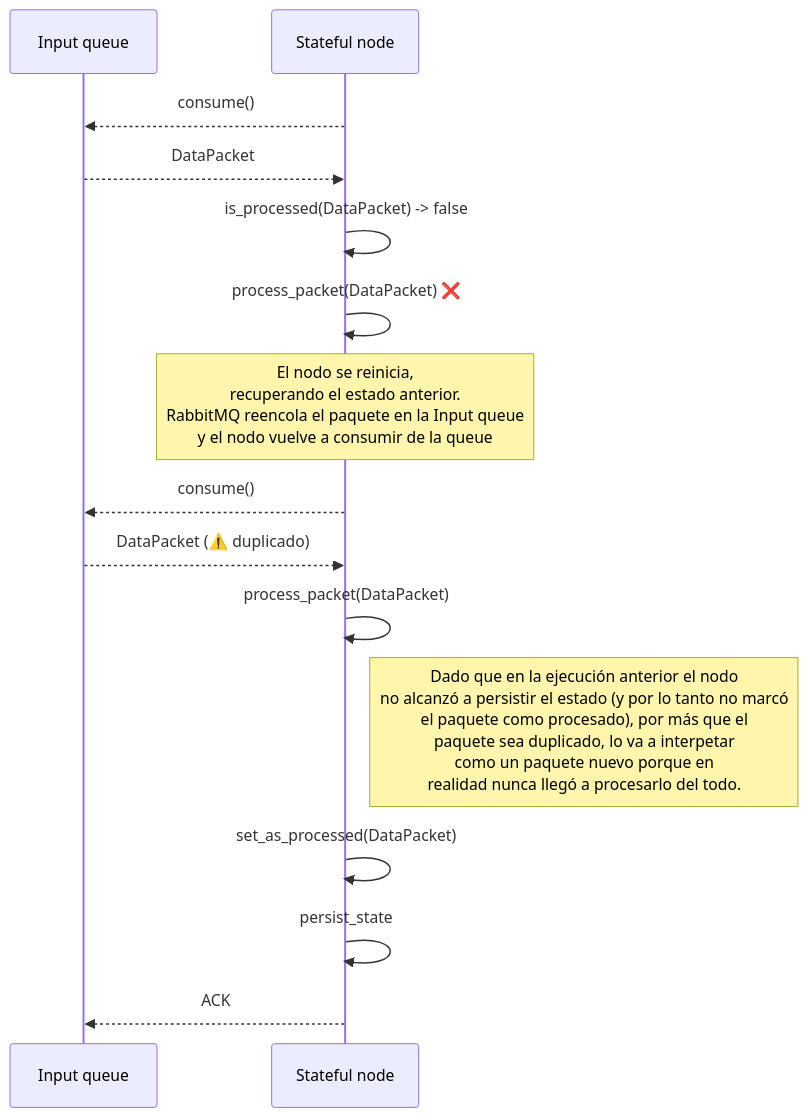
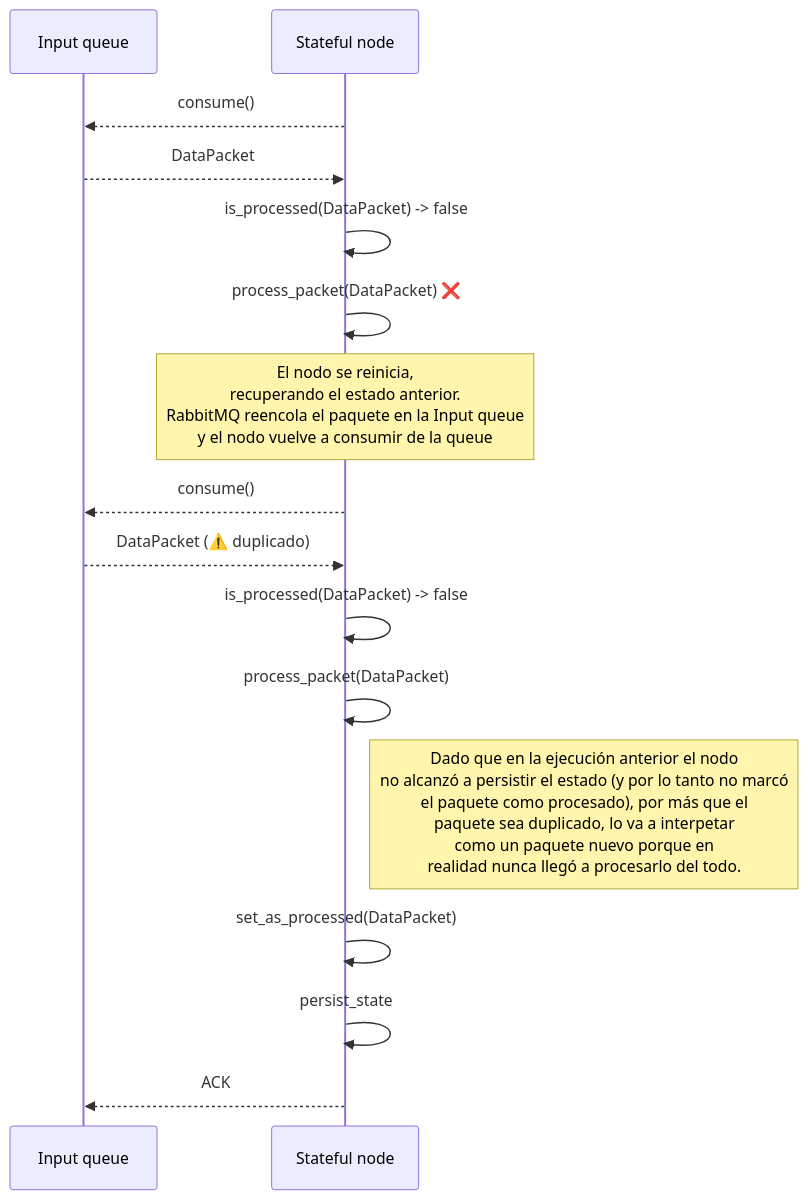
Before and after one commit to ricomateo/tp-disenio-distribuidos: the third of 7 diagrams in docs/tolerancia_fallas_nodos_stateful.md, drawn with Mermaid. The commit also changed other lines of this file, not shown here.

````diff
--- a/docs/tolerancia_fallas_nodos_stateful.md
+++ b/docs/tolerancia_fallas_nodos_stateful.md
@@ -44,19 +44,20 @@
 ```mermaid
 sequenceDiagram
     participant Input queue
     participant Stateful node
 
     Stateful node-->>Input queue: consume()
     Input queue-->>Stateful node: DataPacket
     Stateful node->>Stateful node: is_processed(DataPacket) -> false
     Stateful node->>Stateful node: process_packet(DataPacket) ❌
     Note over Stateful node: El nodo se reinicia, <br>recuperando el estado anterior. <br>RabbitMQ reencola el paquete en la Input queue<br>y el nodo vuelve a consumir de la queue
 
     Stateful node-->>Input queue: consume()
     Input queue-->>Stateful node: DataPacket (⚠️ duplicado)
+    Stateful node->>Stateful node: is_processed(DataPacket) -> false
     Stateful node->>Stateful node: process_packet(DataPacket)
     Note right of Stateful node: Dado que en la ejecución anterior el nodo <br>no alcanzó a persistir el estado (y por lo tanto no marcó<br> el paquete como procesado), por más que el<br> paquete sea duplicado, lo va a interpetar<br> como un paquete nuevo porque en<br> realidad nunca llegó a procesarlo del todo.
     Stateful node->>Stateful node: set_as_processed(DataPacket)
     Stateful node->>Stateful node: persist_state
     Stateful node-->>Input queue: ACK
 ```
````
